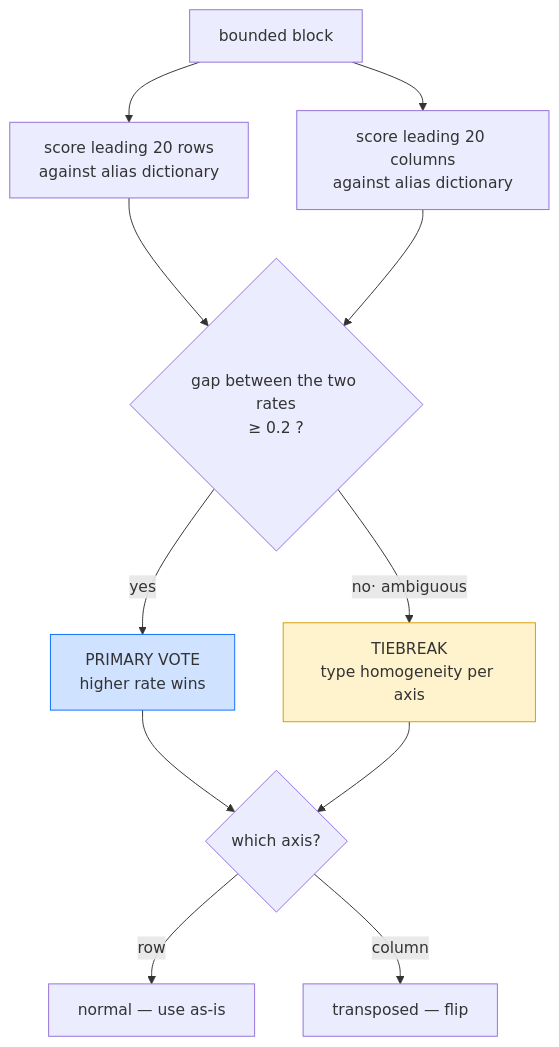
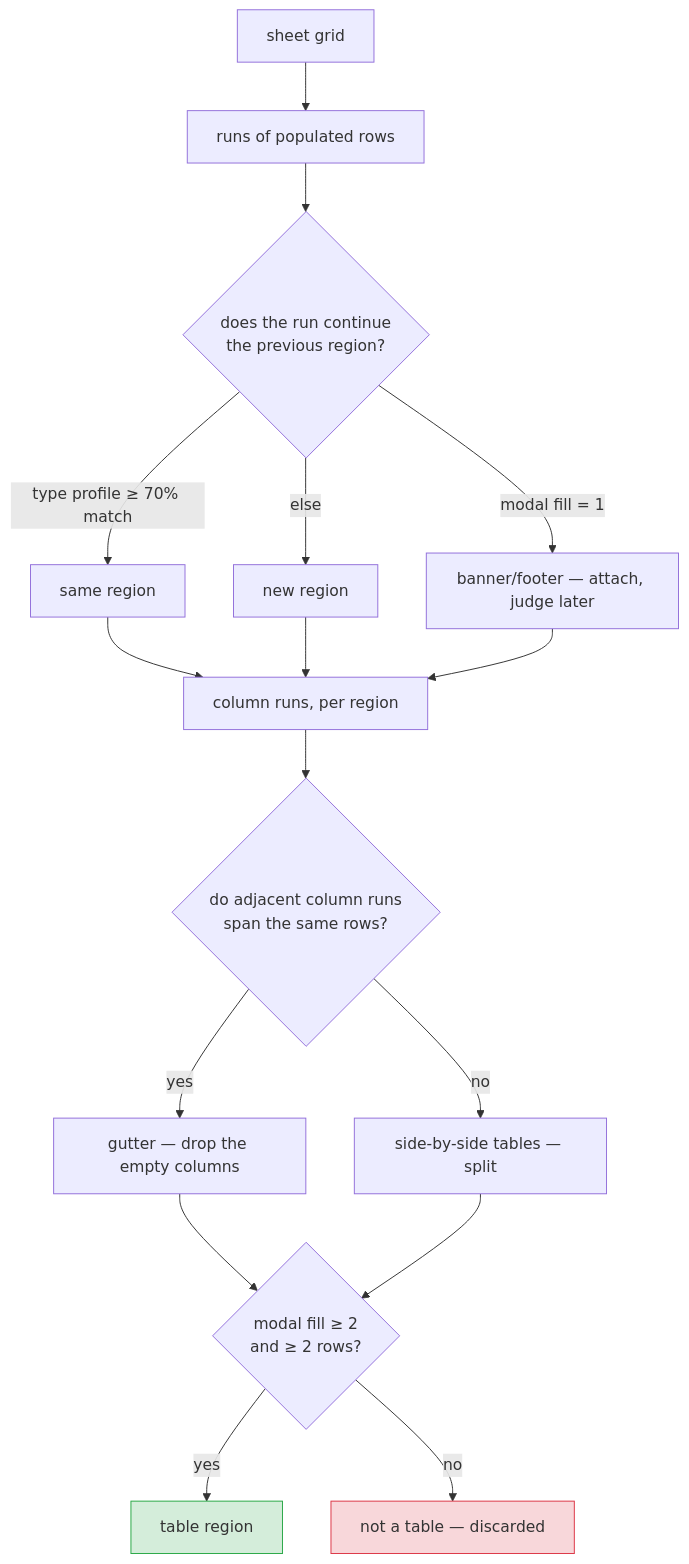
One commit to rahul-neogi-exavalu/Dirty_excel_cleaner changed the second of 4 diagrams in ARCHITECTURE.md. Above: the diagram before and after it, drawn with Mermaid. The commit also changed other lines of this file and 48 other files, not shown here.

````diff
--- a/ARCHITECTURE.md
+++ b/ARCHITECTURE.md
@@ -113,16 +57,21 @@
 ```mermaid
 flowchart TD
-    B["bounded block"] --> RS["score leading 20 rows<br/>against alias dictionary"]
-    B --> CS["score leading 20 columns<br/>against alias dictionary"]
-    RS --> D{"gap between the two rates<br/>≥ 0.2 ?"}
-    CS --> D
-    D -->|yes| P["PRIMARY VOTE<br/>higher rate wins"]
-    D -->|no· ambiguous| H["TIEBREAK<br/>type homogeneity per axis"]
-    P --> R{"which axis?"}
-    H --> R
-    R -->|row| NORM["normal — use as-is"]
-    R -->|column| TR["transposed — flip"]
+    S["sheet grid"] --> RR["runs of populated rows"]
+    RR --> PM{"does the run continue<br/>the previous region?"}
+    PM -->|"modal fill = 1"| ATT["banner/footer — attach, judge later"]
+    PM -->|"type profile ≥ 70% match"| SAME["same region"]
+    PM -->|else| NEW["new region"]
+    SAME --> CS["column runs, per region"]
+    NEW --> CS
+    ATT --> CS
+    CS --> EX{"do adjacent column runs<br/>span the same rows?"}
+    EX -->|yes| GUT["gutter — drop the empty columns"]
+    EX -->|no| SPLIT["side-by-side tables — split"]
+    GUT --> F{"modal fill ≥ 2<br/>and ≥ 2 rows?"}
+    SPLIT --> F
+    F -->|yes| REG["table region"]
+    F -->|no| REJ["not a table — discarded"]
 
-    style P fill:#cfe2ff,stroke:#0d6efd
-    style H fill:#fff3cd,stroke:#d39e00
+    style REG fill:#d4edda,stroke:#28a745
+    style REJ fill:#f8d7da,stroke:#dc3545
 ```
````
